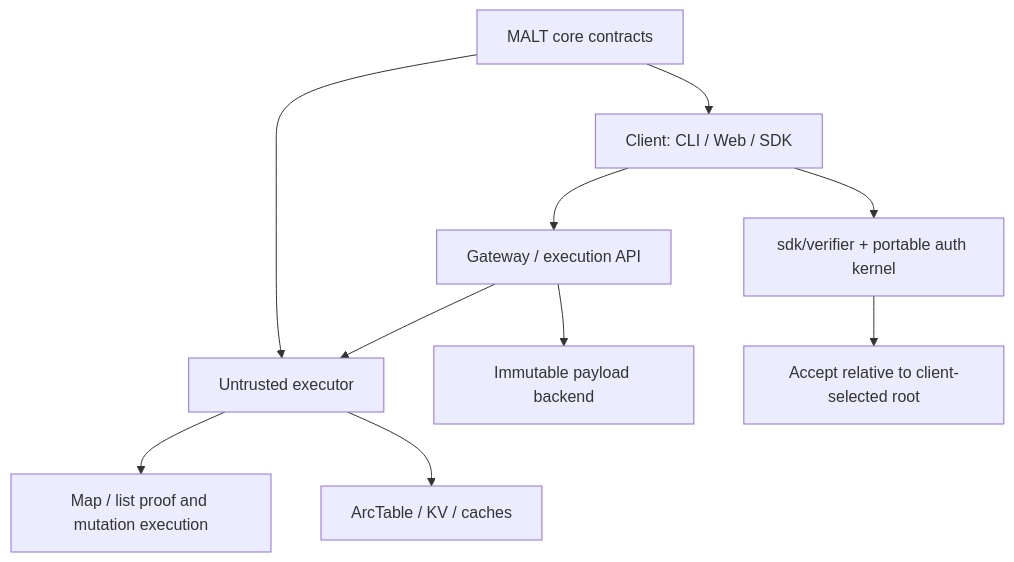
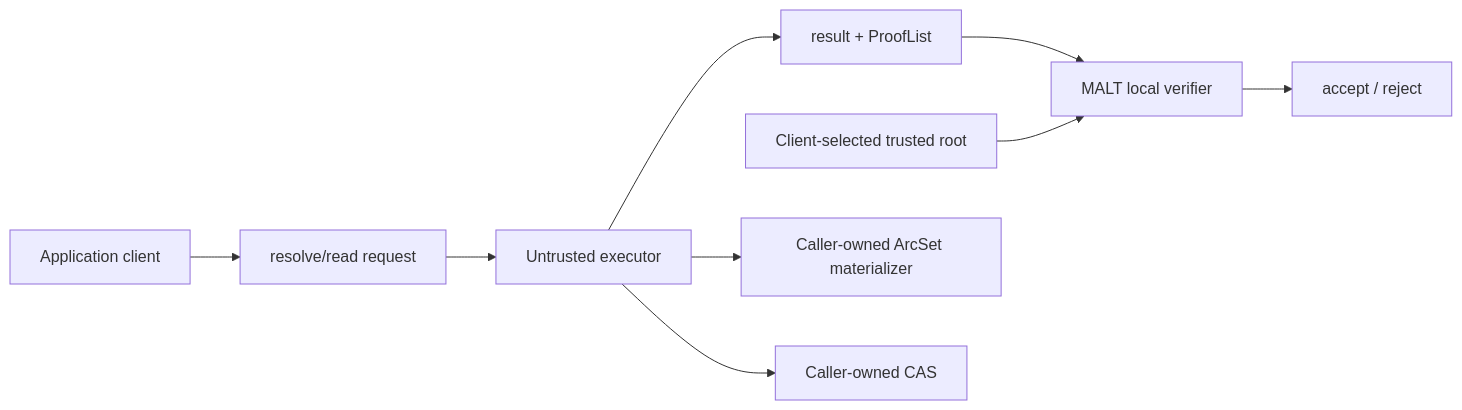
Before and after one commit to DeWebProtocol/malt: the diagram in README.md, drawn with Mermaid. The commit also changed other lines of this file and 359 other files, not shown here.

Commit message:
refactor: make malt an SDK-only core

````diff
--- a/README.md
+++ b/README.md
@@ -104,12 +58,12 @@
 ```mermaid
-flowchart TB
-  client["Client: CLI / Web / SDK"] --> gateway["Gateway / execution API"]
-  client --> localverify["sdk/verifier + portable auth kernel"]
-  gateway --> executor["Untrusted executor"]
-  executor --> semantics["Map / list proof and mutation execution"]
-  executor --> arctable["ArcTable / KV / caches"]
-  gateway --> cas["Immutable payload backend"]
-  localverify --> decision["Accept relative to client-selected root"]
-  core["MALT core contracts"] --> client
-  core --> executor
+flowchart LR
+  app["Application client"] --> request["resolve/read request"]
+  request --> gateway["Untrusted executor"]
+  gateway --> result["result + ProofList"]
+  result --> verify["MALT local verifier"]
+  trusted["Client-selected trusted root"] --> verify
+  verify --> decision["accept / reject"]
+
+  gateway --> store["Caller-owned ArcSet materializer"]
+  gateway --> cas["Caller-owned CAS"]
 ```
````
